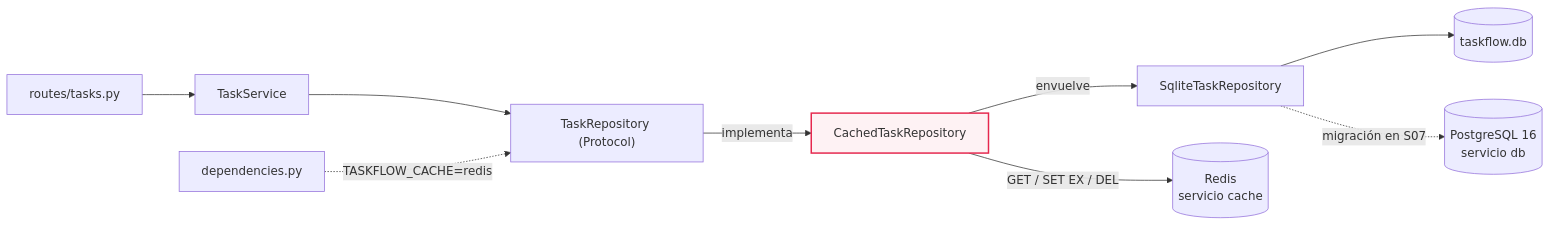
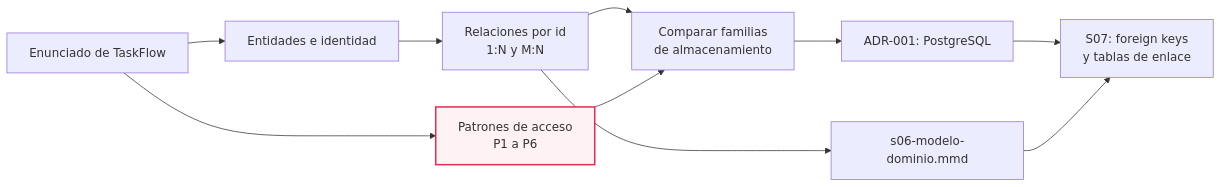
The first of 3 diagrams in Temas/M07·S06 - Elegir base de datos según el patrón de acceso.md (Luc5k4yw4lk3r/AIE-Bootcamp), drawn with Mermaid before and after one commit. The commit also changed other lines of this file and 9 other files, not shown here.

````diff
--- a/Temas/M07·S06 - Elegir base de datos según el patrón de acceso.md
+++ b/Temas/M07·S06 - Elegir base de datos según el patrón de acceso.md
@@ -65,14 +114,15 @@
 ```mermaid
 flowchart LR
-    RT["routes/tasks.py"] --> SV["TaskService"]
-    SV --> PR["TaskRepository (Protocol)"]
-    DEPS["dependencies.py"] -.->|"TASKFLOW_CACHE=redis"| PR
-    PR -->|"implementa"| CR["CachedTaskRepository"]
-    CR -->|"envuelve"| SQL["SqliteTaskRepository"]
-    CR -->|"GET / SET EX / DEL"| RD[("Redis<br/>servicio cache")]
-    SQL --> DB[("taskflow.db")]
-    SQL -.->|"migración en S07"| PG[("PostgreSQL 16<br/>servicio db")]
+    ENU["Enunciado de TaskFlow"] --> ENT["Entidades e identidad"]
+    ENT --> REL["Relaciones por id<br/>1:N y M:N"]
+    ENU --> PAT["Patrones de acceso<br/>P1 a P6"]
+    REL --> FAM["Comparar familias<br/>de almacenamiento"]
+    PAT --> FAM
+    FAM --> ADR["ADR-001: PostgreSQL"]
+    REL --> MMD["s06-modelo-dominio.mmd"]
+    ADR --> NXT["S07: foreign keys<br/>y tablas de enlace"]
+    MMD --> NXT
 
     classDef foco fill:#FEF2F4,stroke:#E6284E,stroke-width:2px
-    class CR foco
+    class PAT foco
 ```
````
